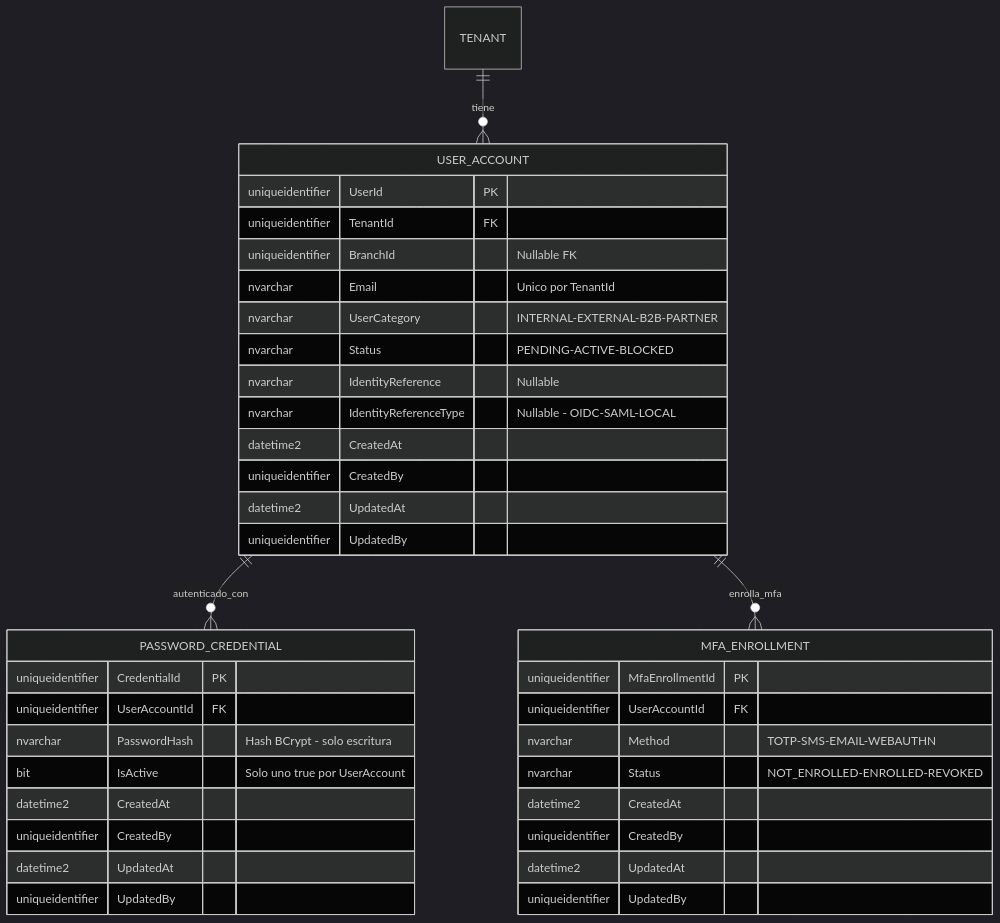
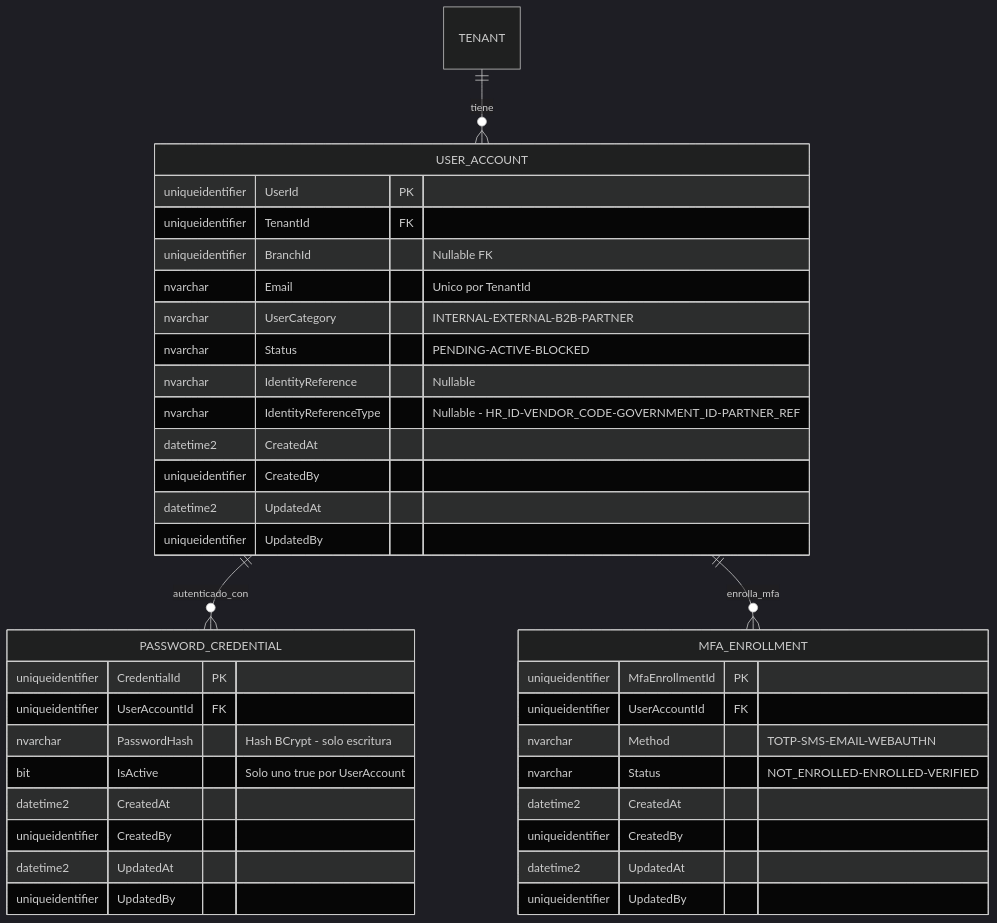
One commit to beyondnetcode/ums changed the seventh of 8 diagrams in docs/domain-es/identity/user-account.md. Above: the diagram before and after it, drawn with Mermaid (dark theme). The commit also changed other lines of this file and 3 other files, not shown here.

Commit message:
docs(identity): reconcile identity reference and mfa semantics

````diff
--- a/docs/domain-es/identity/user-account.md
+++ b/docs/domain-es/identity/user-account.md
@@ -272,43 +253,43 @@
 ```mermaid
 erDiagram
     TENANT ||--o{ USER_ACCOUNT : "tiene"
     USER_ACCOUNT ||--o{ PASSWORD_CREDENTIAL : "autenticado_con"
     USER_ACCOUNT ||--o{ MFA_ENROLLMENT : "enrolla_mfa"
 
     USER_ACCOUNT {
         uniqueidentifier UserId PK
         uniqueidentifier TenantId FK
         uniqueidentifier BranchId "Nullable FK"
         nvarchar Email "Unico por TenantId"
         nvarchar UserCategory "INTERNAL-EXTERNAL-B2B-PARTNER"
         nvarchar Status "PENDING-ACTIVE-BLOCKED"
         nvarchar IdentityReference "Nullable"
-        nvarchar IdentityReferenceType "Nullable - OIDC-SAML-LOCAL"
+        nvarchar IdentityReferenceType "Nullable - HR_ID-VENDOR_CODE-GOVERNMENT_ID-PARTNER_REF"
         datetime2 CreatedAt
         uniqueidentifier CreatedBy
         datetime2 UpdatedAt
         uniqueidentifier UpdatedBy
     }
 
     PASSWORD_CREDENTIAL {
         uniqueidentifier CredentialId PK
         uniqueidentifier UserAccountId FK
         nvarchar PasswordHash "Hash BCrypt - solo escritura"
         bit IsActive "Solo uno true por UserAccount"
         datetime2 CreatedAt
         uniqueidentifier CreatedBy
         datetime2 UpdatedAt
         uniqueidentifier UpdatedBy
     }
 
     MFA_ENROLLMENT {
         uniqueidentifier MfaEnrollmentId PK
         uniqueidentifier UserAccountId FK
         nvarchar Method "TOTP-SMS-EMAIL-WEBAUTHN"
-        nvarchar Status "NOT_ENROLLED-ENROLLED-REVOKED"
+        nvarchar Status "NOT_ENROLLED-ENROLLED-VERIFIED"
         datetime2 CreatedAt
         uniqueidentifier CreatedBy
         datetime2 UpdatedAt
         uniqueidentifier UpdatedBy
     }
 ```
````
